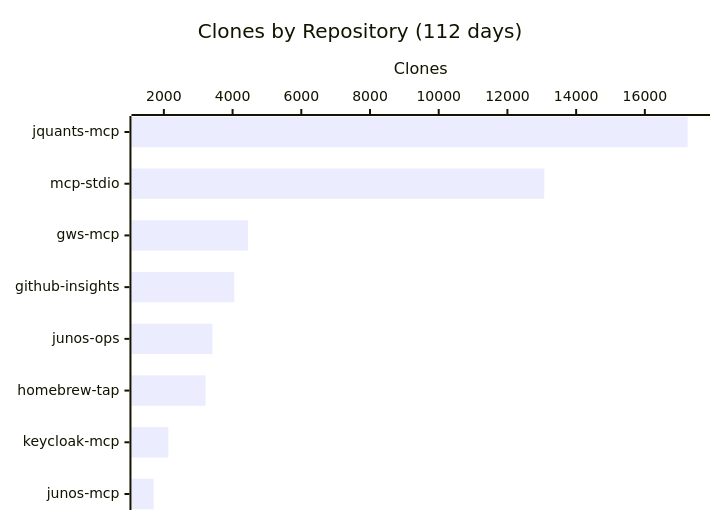
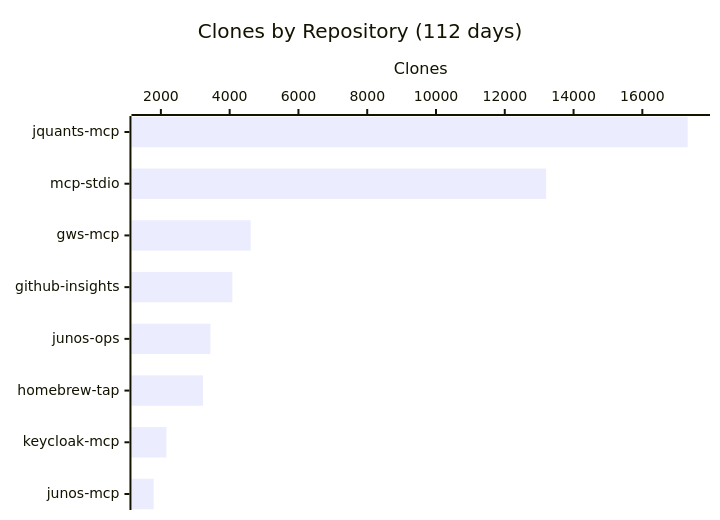
The fourth of 4 diagrams in README.md (shigechika/github-insights), drawn with Mermaid before and after one commit. The commit also changed other lines of this file and 2 other files, not shown here.

````diff
--- a/README.md
+++ b/README.md
@@ -58,7 +58,7 @@
 ```mermaid
 xychart-beta horizontal
     title "Clones by Repository (112 days)"
     x-axis ["jquants-mcp", "mcp-stdio", "gws-mcp", "github-insights", "junos-ops", "homebrew-tap", "keycloak-mcp", "junos-mcp"]
     y-axis "Clones"
-    bar [17248, 13074, 4446, 4050, 3415, 3213, 2131, 1705]
+    bar [17320, 13202, 4611, 4079, 3441, 3227, 2163, 1792]
 ```
````
